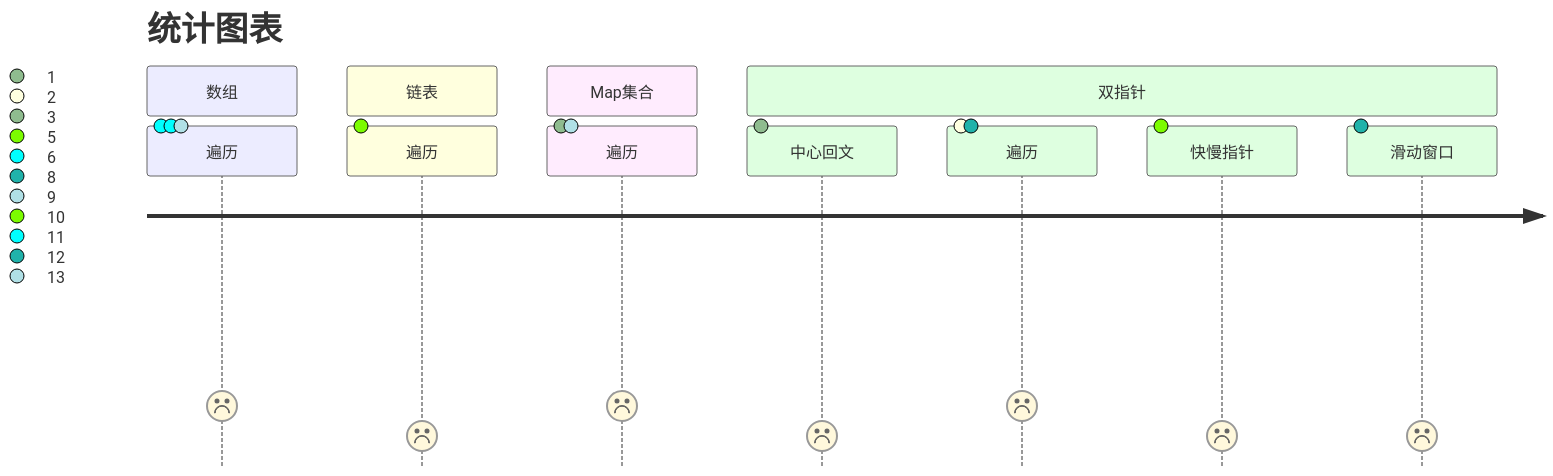
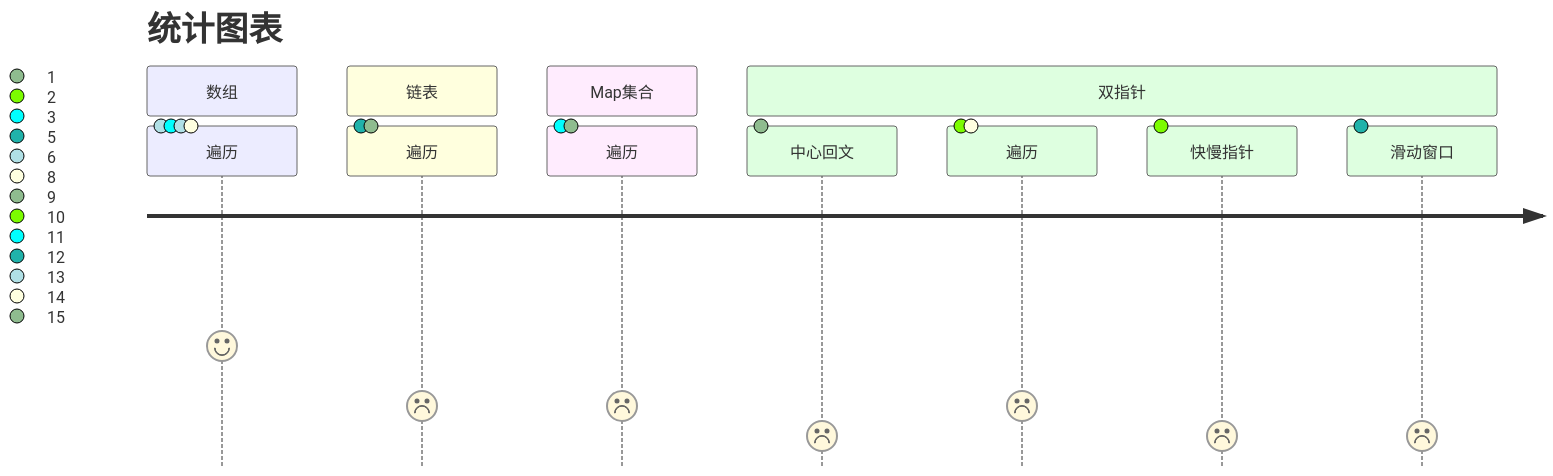
Before and after one commit to BocaiheDabaicai/algorithm-problem: the diagram in 算法/频度算法.md, drawn with Mermaid. The commit also changed other lines of this file, not shown here.

Commit message:
算法练习

````diff
--- a/算法/频度算法.md
+++ b/算法/频度算法.md
@@ -57,15 +61,15 @@
 ```mermaid
 journey
     title 统计图表
     section 数组
-      遍历: 2: 6,11,13
+      遍历: 4: 6,11,13,14
     section 链表
-      遍历: 1: 5
+      遍历: 2: 5,15
     section Map集合
       遍历: 2: 3,9
     section 双指针
       中心回文: 1: 1
       遍历: 2: 2,8
       快慢指针: 1: 10
       滑动窗口: 1: 12
 ```
````
